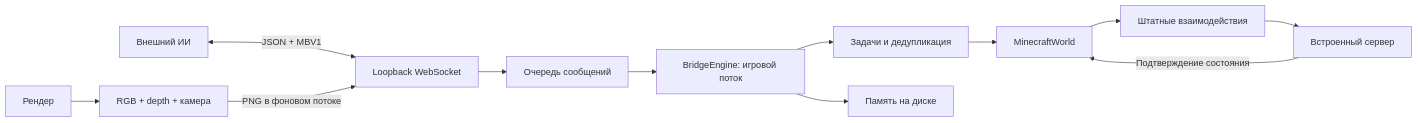
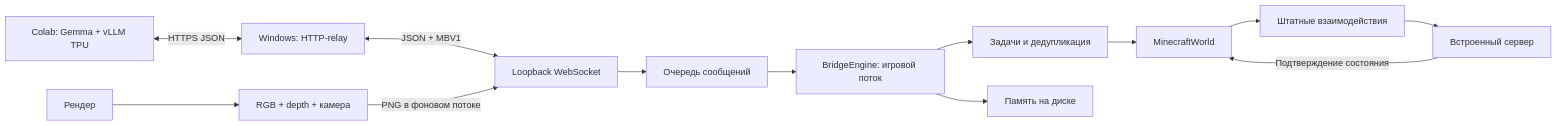
The diagram in docs/ARCHITECTURE.md (Cloudeah/minebridge), drawn with Mermaid before and after one commit. The commit also changed other lines of this file and 30 other files, not shown here.

Commit message:
Expand gameplay actions and switch fully to vLLM TPU

````diff
--- a/docs/ARCHITECTURE.md
+++ b/docs/ARCHITECTURE.md
@@ -3,14 +3,15 @@
 ```mermaid
 flowchart LR
-  AI[Внешний ИИ] <-->|JSON + MBV1| WS[Loopback WebSocket]
+  AI[Colab: Gemma + vLLM TPU] <-->|HTTPS JSON| RELAY[Windows: HTTP-relay]
+  RELAY <-->|JSON + MBV1| WS[Loopback WebSocket]
   WS --> Q[Очередь сообщений]
   Q --> E[BridgeEngine: игровой поток]
   E --> T[Задачи и дедупликация]
   T --> W[MinecraftWorld]
   W --> V[Штатные взаимодействия]
   V --> S[Встроенный сервер]
   S -->|Подтверждение состояния| W
   E --> M[Память на диске]
   R[Рендер] --> C[RGB + depth + камера]
   C -->|PNG в фоновом потоке| WS
 ```
````
